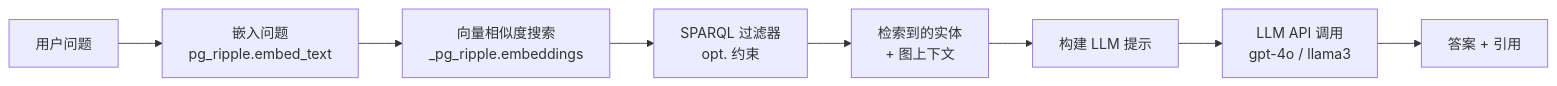
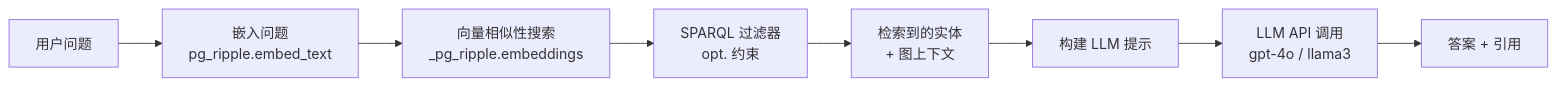
One commit to yz271544/pg-ripple changed the diagram in docs/src/cookbook/rag-pipeline-from-scratch_zh.md. Above: the diagram before and after it, drawn with Mermaid. The commit also changed other lines of this file and 72 other files, not shown here.

````diff
--- a/docs/src/cookbook/rag-pipeline-from-scratch_zh.md
+++ b/docs/src/cookbook/rag-pipeline-from-scratch_zh.md
@@ -7,10 +7,10 @@
 ```mermaid
 flowchart LR
     Q[用户问题] --> E[嵌入问题\npg_ripple.embed_text]
-    E --> V[向量相似度搜索\n_pg_ripple.embeddings]
+    E --> V[向量相似性搜索\n_pg_ripple.embeddings]
     V --> F[SPARQL 过滤器\nopt. 约束]
     F --> R[检索到的实体\n+ 图上下文]
     R --> P[构建 LLM 提示]
     P --> L[LLM API 调用\ngpt-4o / llama3]
     L --> A[答案 + 引用]
 ```
````
